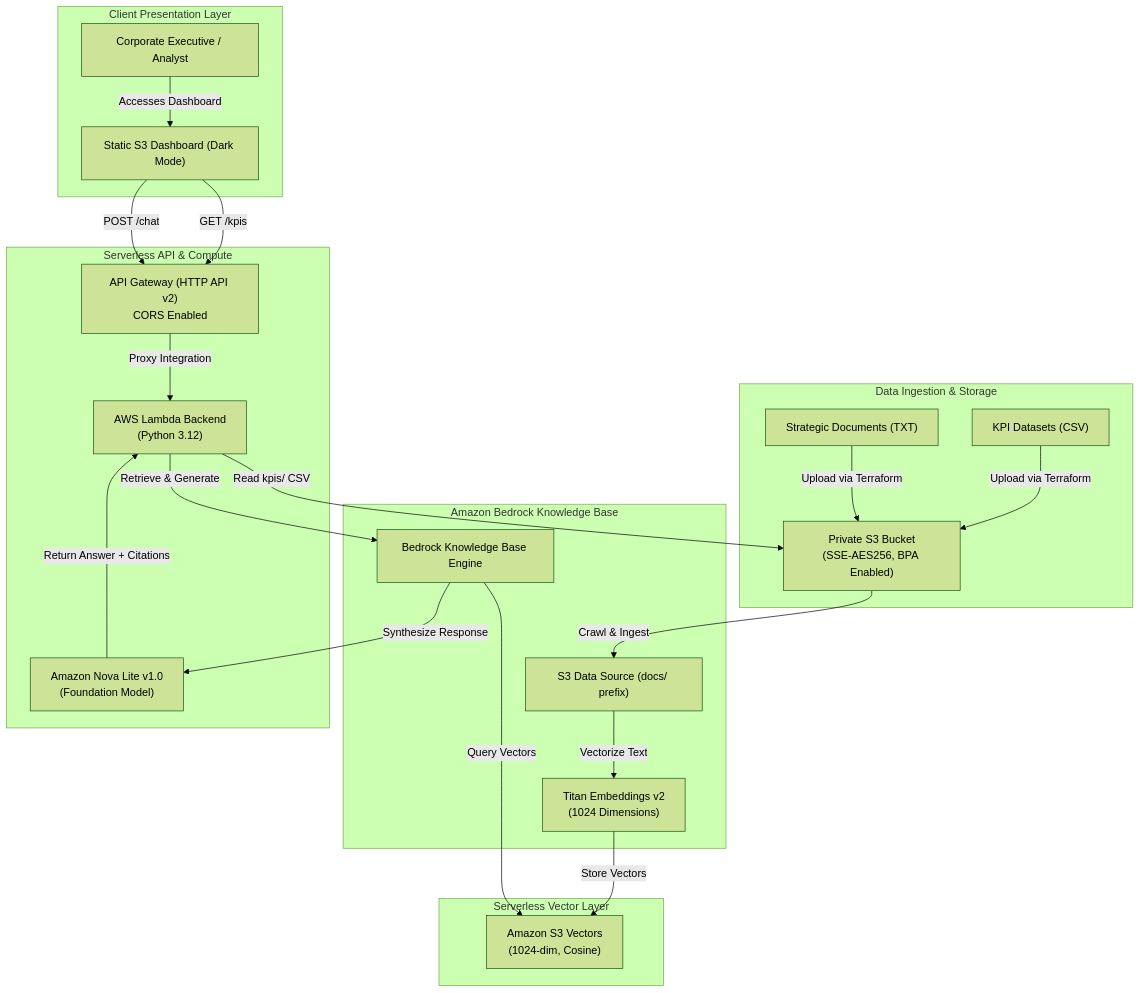
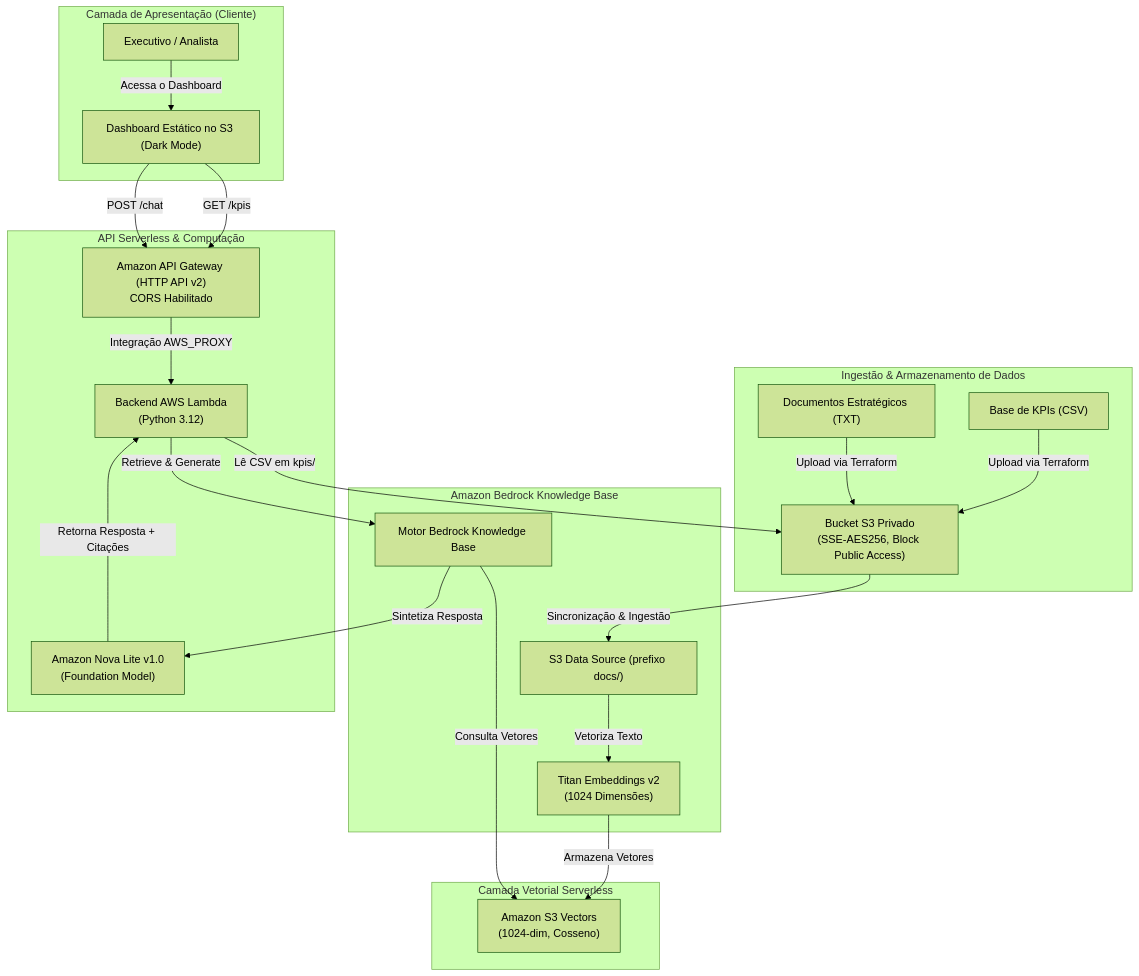
One commit to eucainapereira/aws-bedrock-enterprise-rag changed the diagram in README.md. Above: the diagram before and after it, drawn with Mermaid (forest theme). The commit also changed other lines of this file, not shown here.

````diff
--- a/README.md
+++ b/README.md
@@ -56,46 +56,46 @@
 ```mermaid
 flowchart TD
-    subgraph Client ["Client Presentation Layer"]
-        User["Corporate Executive / Analyst"]
-        Web["Static S3 Dashboard (Dark Mode)"]
+    subgraph Client ["Camada de Apresentação (Cliente)"]
+        User["Executivo / Analista"]
+        Web["Dashboard Estático no S3 (Dark Mode)"]
     end
 
-    subgraph Ingestion ["Data Ingestion & Storage"]
-        CSV["KPI Datasets (CSV)"]
-        TXT["Strategic Documents (TXT)"]
-        S3Data["Private S3 Bucket\n(SSE-AES256, BPA Enabled)"]
+    subgraph Ingestion ["Ingestão & Armazenamento de Dados"]
+        CSV["Base de KPIs (CSV)"]
+        TXT["Documentos Estratégicos (TXT)"]
+        S3Data["Bucket S3 Privado\n(SSE-AES256, Block Public Access)"]
     end
 
-    subgraph VectorLayer ["Serverless Vector Layer"]
-        S3Vec["Amazon S3 Vectors\n(1024-dim, Cosine)"]
+    subgraph VectorLayer ["Camada Vetorial Serverless"]
+        S3Vec["Amazon S3 Vectors\n(1024-dim, Cosseno)"]
     end
 
     subgraph BedrockKB ["Amazon Bedrock Knowledge Base"]
-        Titan["Titan Embeddings v2\n(1024 Dimensions)"]
-        KB["Bedrock Knowledge Base Engine"]
-        DataSource["S3 Data Source (docs/ prefix)"]
+        Titan["Titan Embeddings v2\n(1024 Dimensões)"]
+        KB["Motor Bedrock Knowledge Base"]
+        DataSource["S3 Data Source (prefixo docs/)"]
     end
 
-    subgraph Backend ["Serverless API & Compute"]
-        APIGW["API Gateway (HTTP API v2)\nCORS Enabled"]
-        Lambda["AWS Lambda Backend\n(Python 3.12)"]
+    subgraph Backend ["API Serverless & Computação"]
+        APIGW["Amazon API Gateway (HTTP API v2)\nCORS Habilitado"]
+        Lambda["Backend AWS Lambda\n(Python 3.12)"]
         Nova["Amazon Nova Lite v1.0\n(Foundation Model)"]
     end
 
-    User -->|Accesses Dashboard| Web
+    User -->|Acessa o Dashboard| Web
     Web -->|GET /kpis| APIGW
     Web -->|POST /chat| APIGW
     
-    APIGW -->|Proxy Integration| Lambda
-    Lambda -->|Read kpis/ CSV| S3Data
+    APIGW -->|Integração AWS_PROXY| Lambda
+    Lambda -->|Lê CSV em kpis/| S3Data
     Lambda -->|Retrieve & Generate| KB
     
     CSV -->|Upload via Terraform| S3Data
     TXT -->|Upload via Terraform| S3Data
-    S3Data -->|Crawl & Ingest| DataSource
-    DataSource -->|Vectorize Text| Titan
-    Titan -->|Store Vectors| S3Vec
-    KB -->|Query Vectors| S3Vec
-    KB -->|Synthesize Response| Nova
-    Nova -->|Return Answer + Citations| Lambda
+    S3Data -->|Sincronização & Ingestão| DataSource
+    DataSource -->|Vetoriza Texto| Titan
+    Titan -->|Armazena Vetores| S3Vec
+    KB -->|Consulta Vetores| S3Vec
+    KB -->|Sintetiza Resposta| Nova
+    Nova -->|Retorna Resposta + Citações| Lambda
 ```
````
